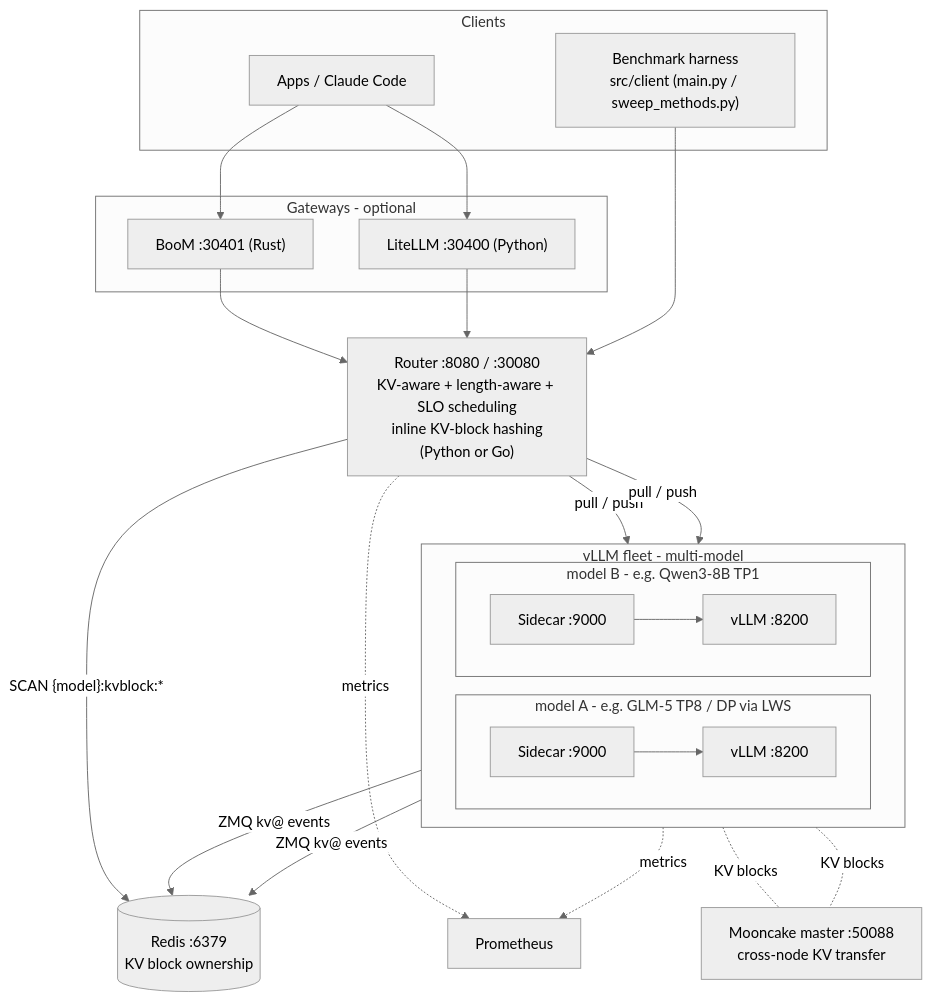
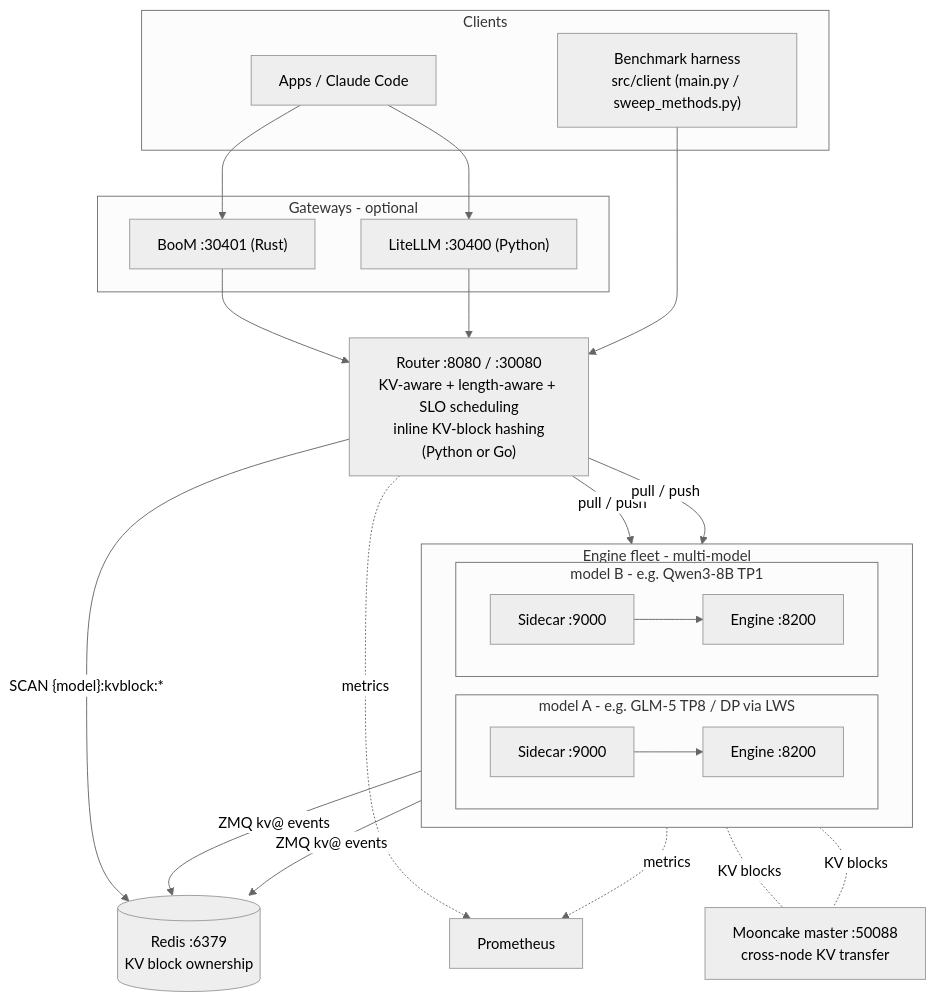
The diagram in README.md (immengzi/LLM-LA), drawn with Mermaid (neutral theme) before and after one commit. The commit also changed other lines of this file and 10 other files, not shown here.

First line of the commit message:
docs: record SGLang/GPU in roadmap and linked guides

````diff
--- a/README.md
+++ b/README.md
@@ -36,41 +36,41 @@
 ```mermaid
 flowchart TB
   subgraph clients [Clients]
     Bench["Benchmark harness<br/>src/client (main.py / sweep_methods.py)"]
     App["Apps / Claude Code"]
   end
 
   subgraph gw [Gateways - optional]
     BooM["BooM :30401 (Rust)"]
     LiteLLM["LiteLLM :30400 (Python)"]
   end
 
   Router["Router :8080 / :30080<br/>KV-aware + length-aware + SLO scheduling<br/>inline KV-block hashing<br/>(Python or Go)"]
   Redis[("Redis :6379<br/>KV block ownership")]
   Prom["Prometheus"]
 
-  subgraph serving [vLLM fleet - multi-model]
+  subgraph serving [Engine fleet - multi-model]
     direction LR
     subgraph mA [model A - e.g. GLM-5 TP8 / DP via LWS]
-      SA["Sidecar :9000"] --> VA["vLLM :8200"]
+      SA["Sidecar :9000"] --> VA["Engine :8200"]
     end
     subgraph mB [model B - e.g. Qwen3-8B TP1]
-      SB["Sidecar :9000"] --> VB["vLLM :8200"]
+      SB["Sidecar :9000"] --> VB["Engine :8200"]
     end
   end
 
   Mooncake["Mooncake master :50088<br/>cross-node KV transfer"]
 
   App --> BooM --> Router
   App --> LiteLLM --> Router
   Bench --> Router
   Router -->|"pull / push"| SA
   Router -->|"pull / push"| SB
   Router -->|"SCAN {model}:kvblock:*"| Redis
   SA -->|"ZMQ kv@ events"| Redis
   SB -->|"ZMQ kv@ events"| Redis
   VA -. KV blocks .- Mooncake
   VB -. KV blocks .- Mooncake
   Router -.->|metrics| Prom
   SA -.->|metrics| Prom
 ```
````
